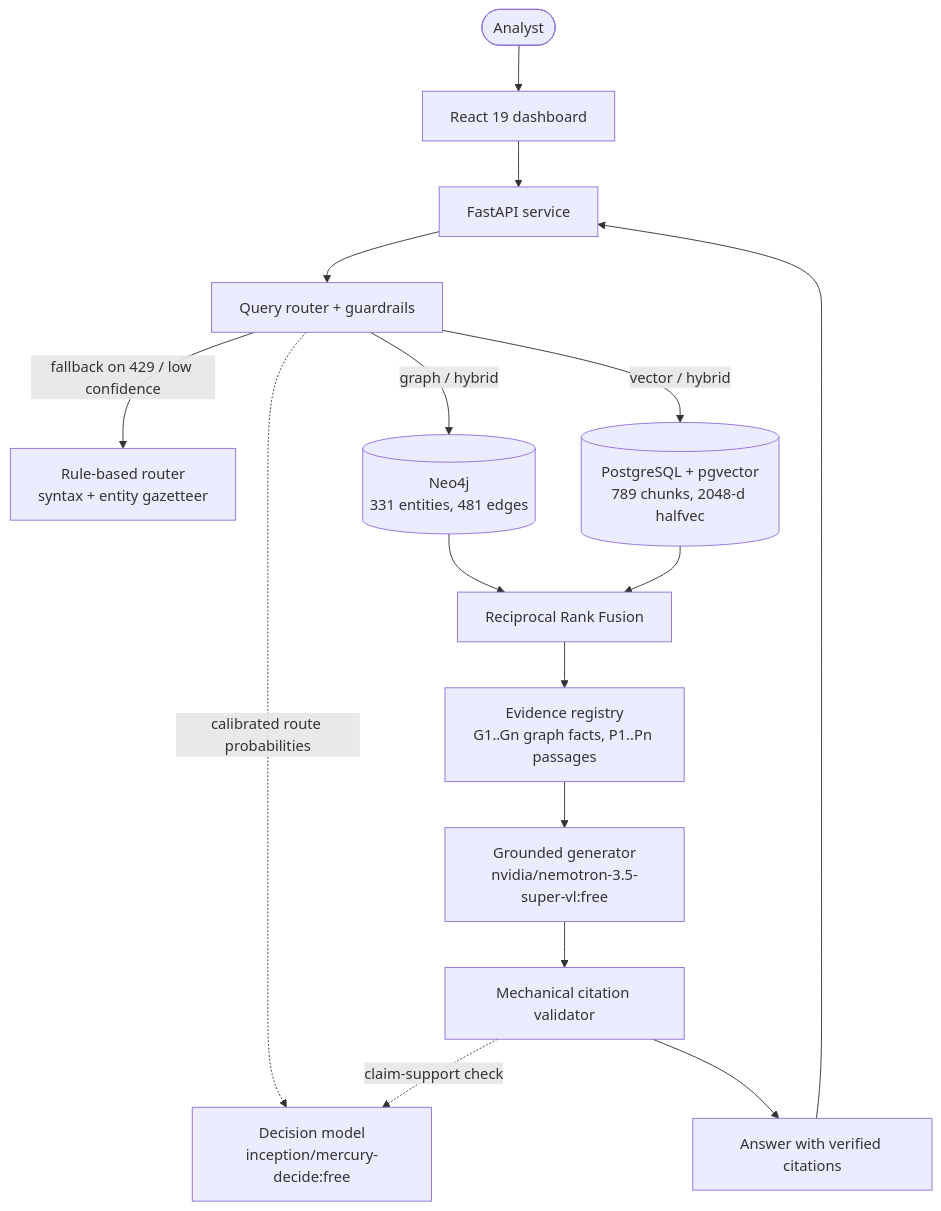
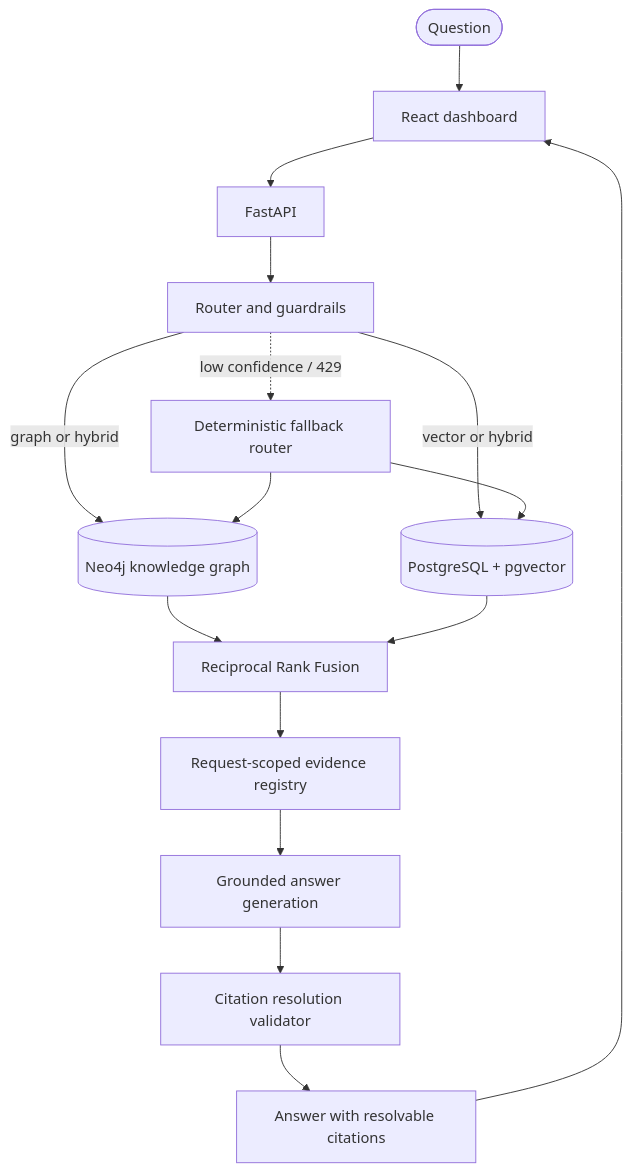
One commit to Git-Kapish/GraphMind changed the diagram in README.md. Above: the diagram before and after it, drawn with Mermaid. The commit also changed other lines of this file, not shown here.

Commit message:
docs: make GraphMind README recruiter-friendly

````diff
--- a/README.md
+++ b/README.md
@@ -84,21 +78,18 @@
 ```mermaid
 flowchart TD
-    U(["Analyst"]) --> UI["React 19 dashboard"]
-    UI --> API["FastAPI service"]
-    API --> R["Query router + guardrails"]
-
-    R -. "calibrated route probabilities" .-> DM["Decision model<br/>inception/mercury-decide:free"]
-    R -- "fallback on 429 / low confidence" --> RR["Rule-based router<br/>syntax + entity gazetteer"]
-
-    R -- "graph / hybrid" --> G[("Neo4j<br/>331 entities, 481 edges")]
-    R -- "vector / hybrid" --> V[("PostgreSQL + pgvector<br/>789 chunks, 2048-d halfvec")]
+    U(["Question"]) --> UI["React dashboard"]
+    UI --> API["FastAPI"]
+    API --> R["Router and guardrails"]
+    R -->|graph or hybrid| G[("Neo4j knowledge graph")]
+    R -->|vector or hybrid| V[("PostgreSQL + pgvector")]
     G --> F["Reciprocal Rank Fusion"]
     V --> F
-
-    F --> E["Evidence registry<br/>G1..Gn graph facts, P1..Pn passages"]
-    E --> L["Grounded generator<br/>nvidia/nemotron-3.5-super-vl:free"]
-    L --> CV["Mechanical citation validator"]
-    CV -. "claim-support check" .-> DM
-    CV --> A["Answer with verified citations"]
-    A --> API
+    F --> E["Request-scoped evidence registry"]
+    E --> L["Grounded answer generation"]
+    L --> C["Citation resolution validator"]
+    C --> S["Answer with resolvable citations"]
+    S --> UI
+    R -. low confidence / 429 .-> RR["Deterministic fallback router"]
+    RR --> G
+    RR --> V
 ```
````
